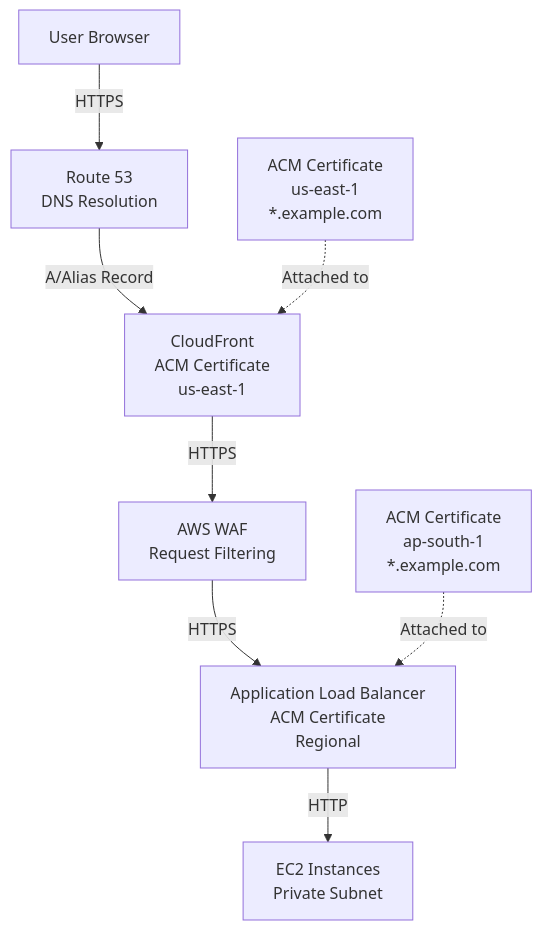
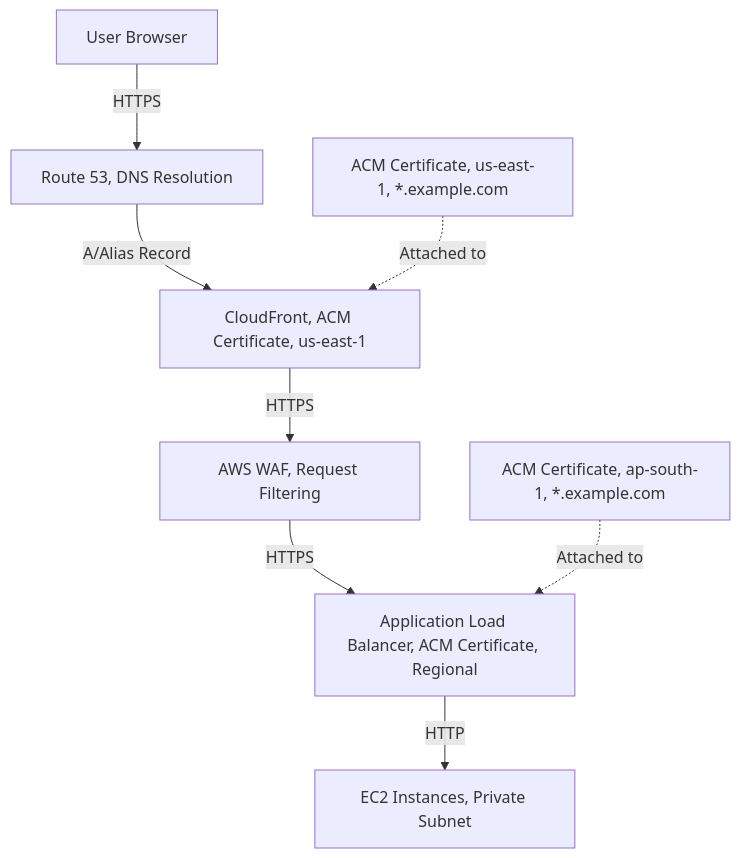
The first of 4 diagrams in Chapter_38_AWS_Certificate_Manager_ACM.md (DeeptiShuklaProject/Uday_AWS), drawn with Mermaid before and after one commit. The commit also changed other lines of this file and 34 other files, not shown here.

Commit message:
Fix mermaid diagrams syntax across all chapters (quote labels and remove HTML)

````diff
--- a/Chapter_38_AWS_Certificate_Manager_ACM.md
+++ b/Chapter_38_AWS_Certificate_Manager_ACM.md
@@ -144,11 +144,11 @@
 ```mermaid
 flowchart TD
-    User[User Browser] -->|HTTPS| R53[Route 53<br>DNS Resolution]
-    R53 -->|A/Alias Record| CF[CloudFront<br>ACM Certificate<br>us-east-1]
-    CF -->|HTTPS| WAF[AWS WAF<br>Request Filtering]
-    WAF -->|HTTPS| ALB[Application Load Balancer<br>ACM Certificate<br>Regional]
-    ALB -->|HTTP| EC2[EC2 Instances<br>Private Subnet]
+    User[User Browser] -->|HTTPS| R53["Route 53, DNS Resolution"]
+    R53 -->|A/Alias Record| CF["CloudFront, ACM Certificate, us-east-1"]
+    CF -->|HTTPS| WAF["AWS WAF, Request Filtering"]
+    WAF -->|HTTPS| ALB["Application Load Balancer, ACM Certificate, Regional"]
+    ALB -->|HTTP| EC2["EC2 Instances, Private Subnet"]
     
-    ACM1[ACM Certificate<br>us-east-1<br>*.example.com] -.->|Attached to| CF
-    ACM2[ACM Certificate<br>ap-south-1<br>*.example.com] -.->|Attached to| ALB
+    ACM1["ACM Certificate, us-east-1, *.example.com"] -.->|Attached to| CF
+    ACM2["ACM Certificate, ap-south-1, *.example.com"] -.->|Attached to| ALB
 ```
````
